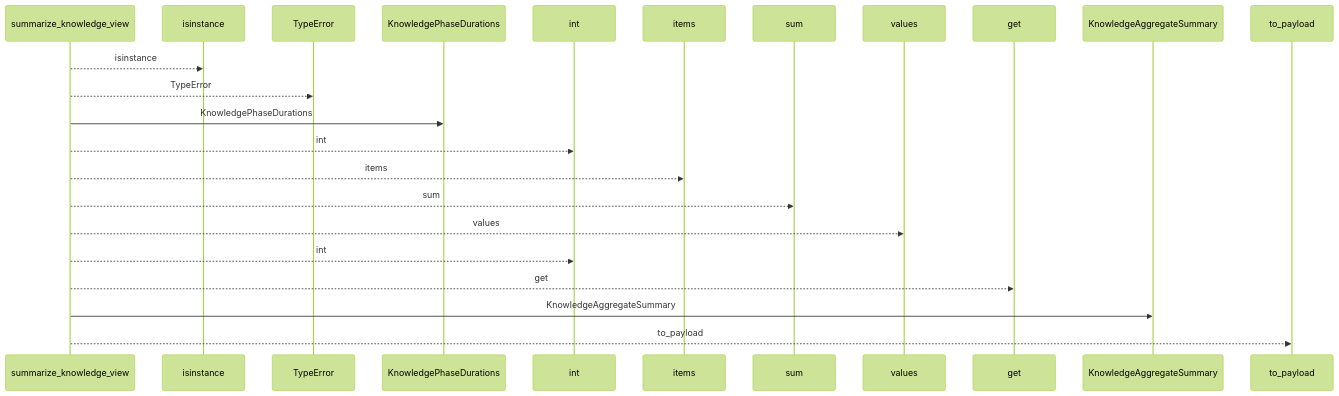
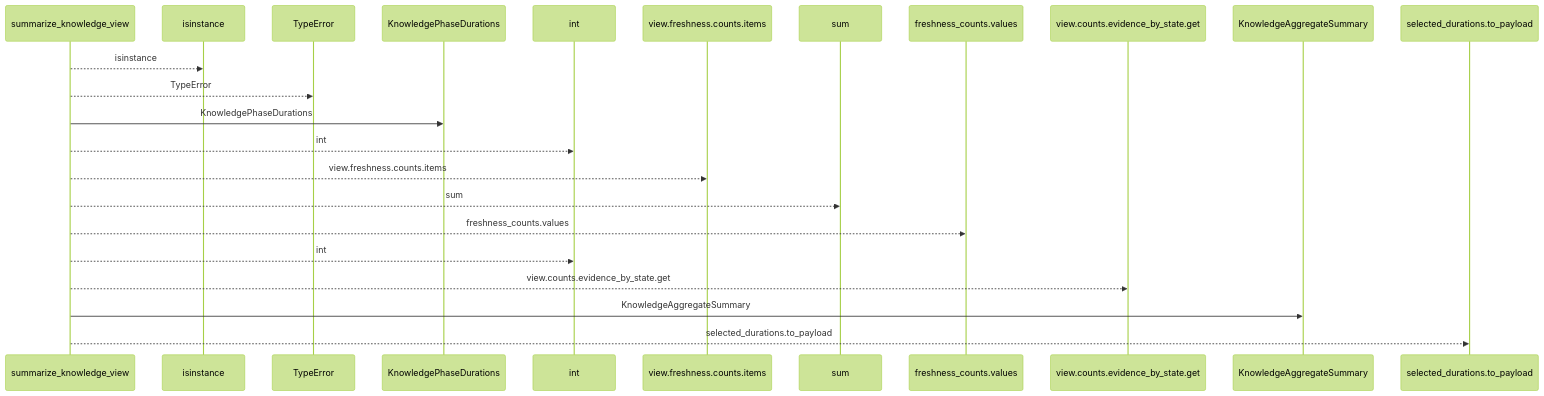
Before and after one commit to Denissvgn/python-wiki-llm: the first of 2 diagrams in docs/llm_wiki/flows/api-summarize_knowledge_view.md, drawn with Mermaid (forest theme). The commit also changed other lines of this file and 719 other files, not shown here.

````diff
--- a/docs/llm_wiki/flows/api-summarize_knowledge_view.md
+++ b/docs/llm_wiki/flows/api-summarize_knowledge_view.md
@@ -10,25 +10,25 @@
 ```mermaid
 sequenceDiagram
     participant p0 as summarize_knowledge_view
     participant p1 as isinstance
     participant p2 as TypeError
     participant p3 as KnowledgePhaseDurations
     participant p4 as int
-    participant p5 as items
+    participant p5 as view.freshness.counts.items
     participant p6 as sum
-    participant p7 as values
-    participant p8 as get
+    participant p7 as freshness_counts.values
+    participant p8 as view.counts.evidence_by_state.get
     participant p9 as KnowledgeAggregateSummary
-    participant p10 as to_payload
+    participant p10 as selected_durations.to_payload
     p0-->>p1: isinstance
     p0-->>p2: TypeError
     p0->>p3: KnowledgePhaseDurations
     p0-->>p4: int
-    p0-->>p5: items
+    p0-->>p5: view.freshness.counts.items
     p0-->>p6: sum
-    p0-->>p7: values
+    p0-->>p7: freshness_counts.values
     p0-->>p4: int
-    p0-->>p8: get
+    p0-->>p8: view.counts.evidence_by_state.get
     p0->>p9: KnowledgeAggregateSummary
-    p0-->>p10: to_payload
+    p0-->>p10: selected_durations.to_payload
 ```
````
